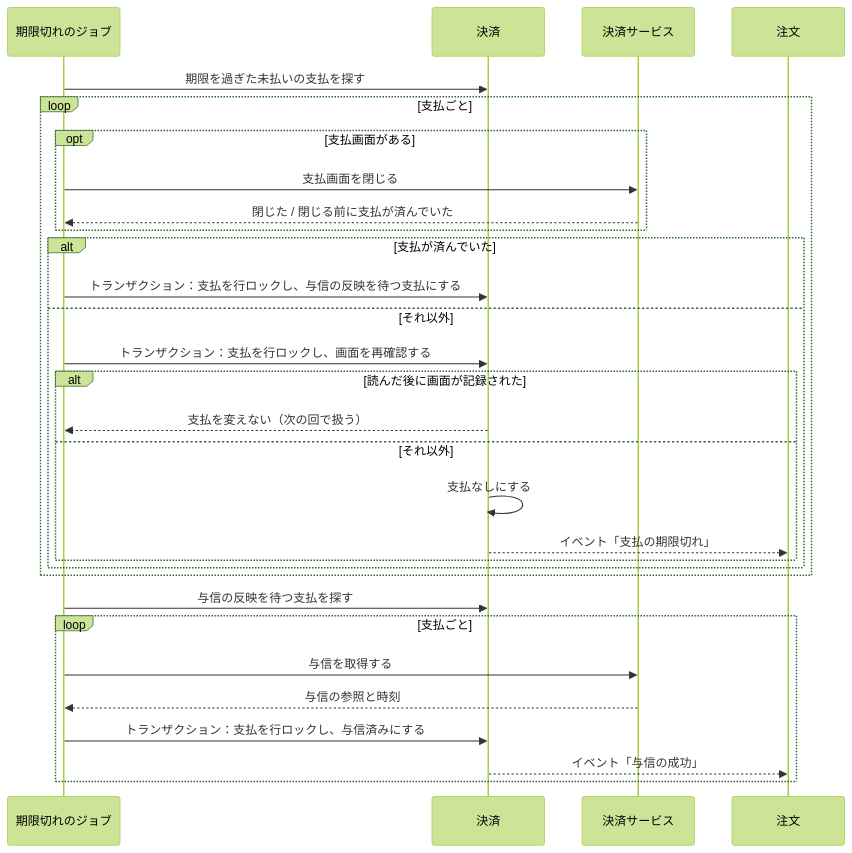
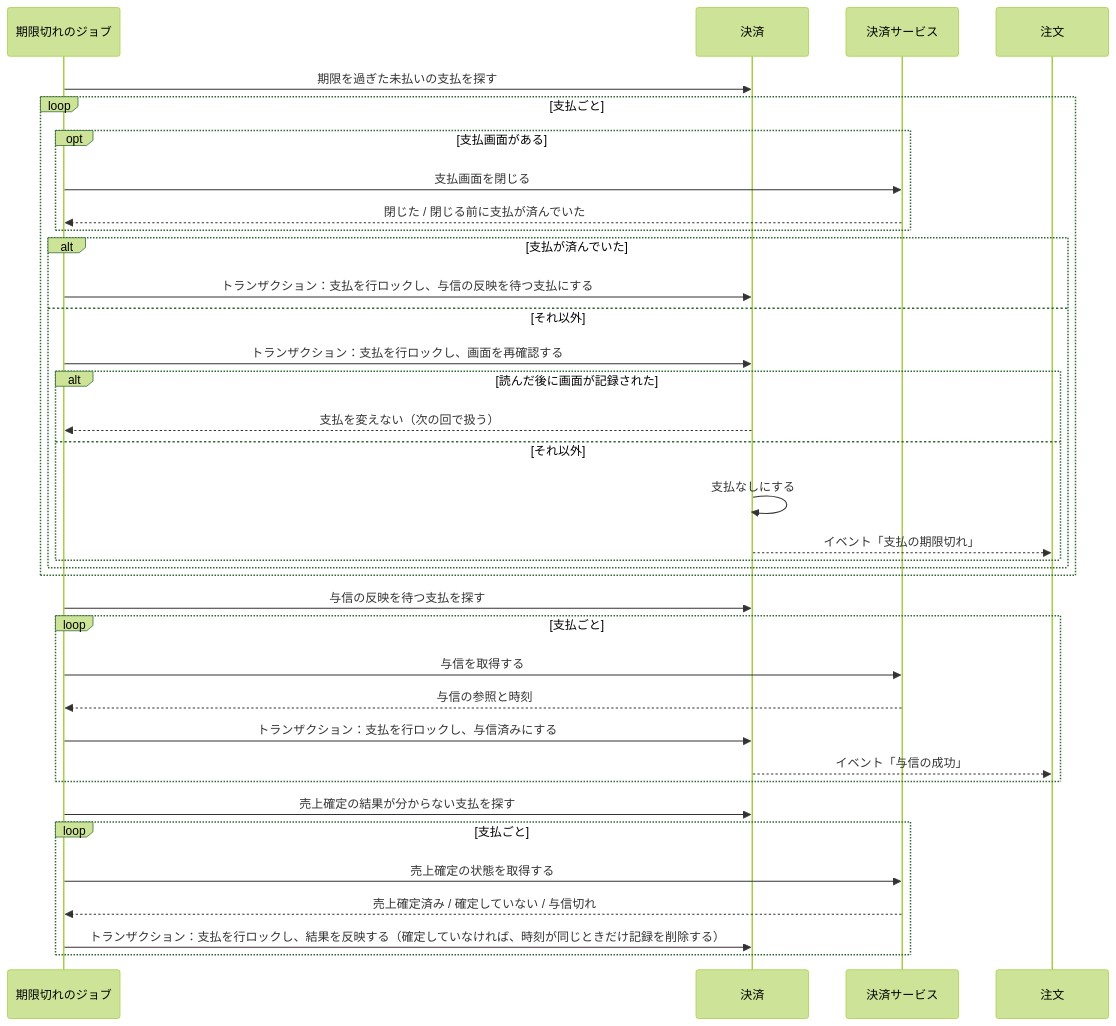
The third of 5 diagrams in docs/02-設計/payment.md (roger88106/ec-site), drawn with Mermaid (forest theme) before and after one commit. The commit also changed other lines of this file and 4 other files, not shown here.

````diff
--- a/docs/02-設計/payment.md
+++ b/docs/02-設計/payment.md
@@ -156,32 +157,38 @@
 ```mermaid
 sequenceDiagram
     participant J as 期限切れのジョブ
     participant P as 決済
     participant G as 決済サービス
     participant O as 注文
     J->>P: 期限を過ぎた未払いの支払を探す
     loop 支払ごと
         opt 支払画面がある
             J->>G: 支払画面を閉じる
             G-->>J: 閉じた / 閉じる前に支払が済んでいた
         end
         alt 支払が済んでいた
             J->>P: トランザクション：支払を行ロックし、与信の反映を待つ支払にする
         else それ以外
             J->>P: トランザクション：支払を行ロックし、画面を再確認する
             alt 読んだ後に画面が記録された
                 P-->>J: 支払を変えない（次の回で扱う）
             else それ以外
                 P->>P: 支払なしにする
                 P-->>O: イベント「支払の期限切れ」
             end
         end
     end
     J->>P: 与信の反映を待つ支払を探す
     loop 支払ごと
         J->>G: 与信を取得する
         G-->>J: 与信の参照と時刻
         J->>P: トランザクション：支払を行ロックし、与信済みにする
         P-->>O: イベント「与信の成功」
     end
+    J->>P: 売上確定の結果が分からない支払を探す
+    loop 支払ごと
+        J->>G: 売上確定の状態を取得する
+        G-->>J: 売上確定済み / 確定していない / 与信切れ
+        J->>P: トランザクション：支払を行ロックし、結果を反映する（確定していなければ、時刻が同じときだけ記録を削除する）
+    end
 ```
````
